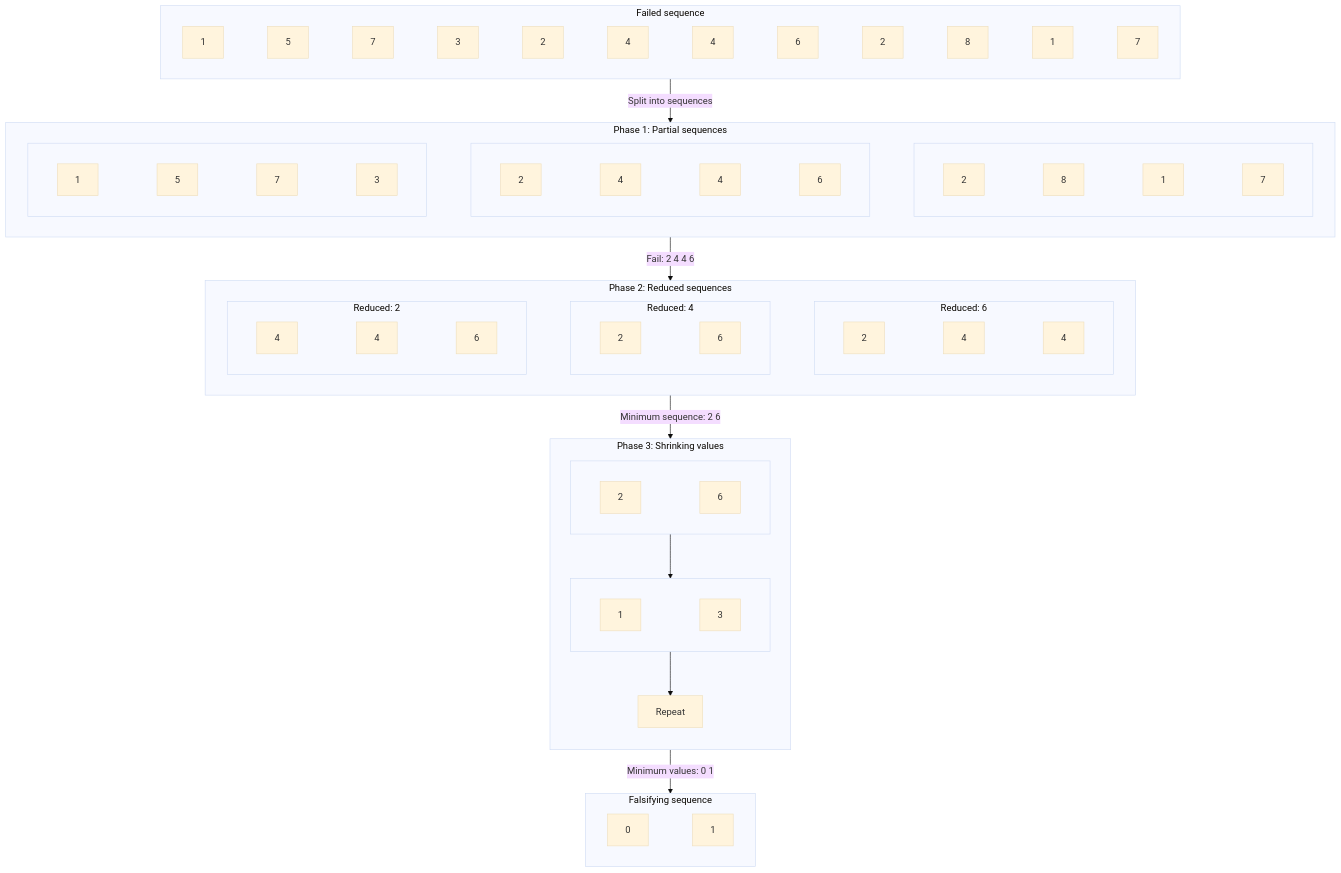
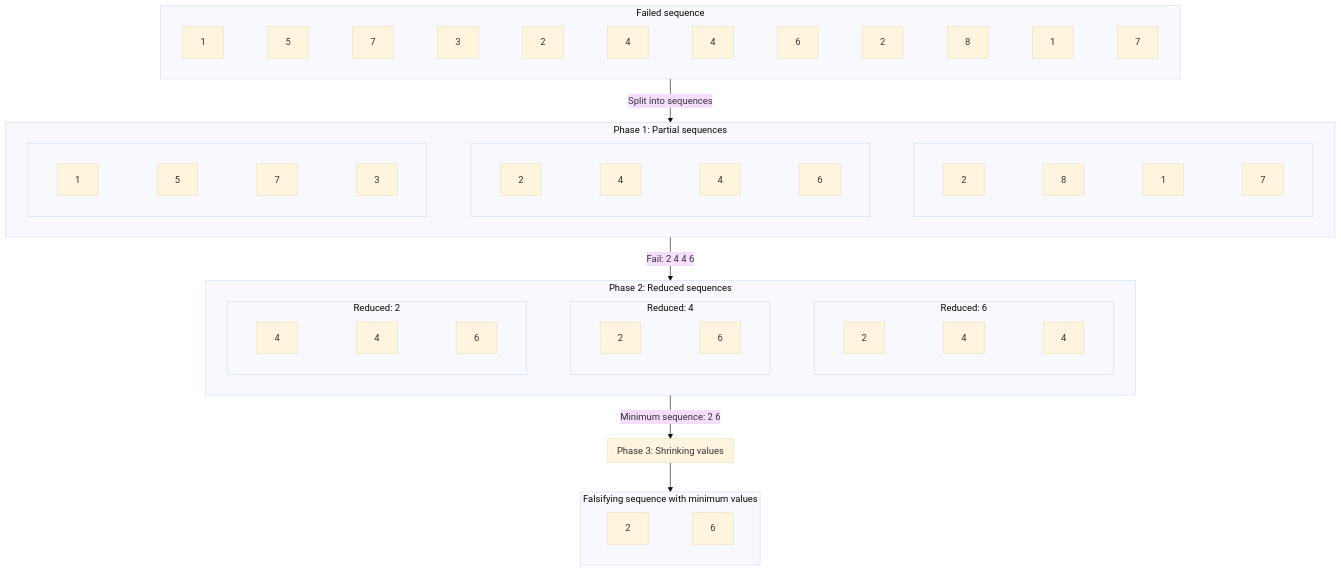
The third of 3 diagrams in Writerside/topics/Stateful-testing.md (szktty/kiri-check), drawn with Mermaid (base theme) before and after one commit.

Commit message:
fix shrinking phase graph

````diff
--- a/Writerside/topics/Stateful-testing.md
+++ b/Writerside/topics/Stateful-testing.md
@@ -143,64 +143,53 @@
 ```mermaid
 flowchart TB
   phase0 -->|Split into sequences| phase1
   phase1 -->|Fail: 2 4 4 6| phase2
   phase2 -->|Minimum sequence: 2 6| phase3
-  phase3 -->|Minimum values: 0 1| result
+  phase3 --> result
 
   subgraph phase0 [Failed sequence]
   direction LR
   p0c1[1] ~~~ p0c2[5] ~~~ p0c3[7] ~~~ p0c4[3] ~~~ p0c5[2] ~~~ p0c6[4] ~~~ p0c7[4] ~~~ p0c8[6] ~~~ p0c9[2] ~~~ p0c10[8] ~~~ p0c11[1] ~~~ p0c12[7]
   end
 
   subgraph phase1 [Phase 1: Partial sequences]
   direction LR
   phase1a ~~~ phase1b ~~~ phase1c
   subgraph phase1a [ ]
   direction LR
   p2s1[1] ~~~ p2s2[5] ~~~ p2s3[7] ~~~ p2s4[3]
   end
   subgraph phase1b [ ]
   direction LR
   p2s5[2] ~~~ p2s6[4] ~~~ p2s7[4] ~~~ p2s8[6]
   end
   subgraph phase1c [ ]
   direction LR
   p2s9[2] ~~~ p2s10[8] ~~~ p2s11[1] ~~~ p2s12[7]
   end
   end
 
   subgraph phase2 [Phase 2: Reduced sequences]
   phase2a ~~~ phase2b ~~~ phase2c
   subgraph phase2a [Reduced: 2]
   direction LR
   p2a1[4] ~~~ p2a2[4] ~~~ p2a3[6]
   end
   subgraph phase2b [Reduced: 4]
   direction LR
   p2b1[2] ~~~ p2b2[6]
   end
   subgraph phase2c [Reduced: 6]
   direction LR
   p2c1[2] ~~~ p2c2[4] ~~~ p2c3[4]
   end
   end
 
   subgraph phase3 [Phase 3: Shrinking values]
-  direction TB
-  phase3a --> phase3b
-  phase3b --> phase3c[Repeat]
-  subgraph phase3a [ ]
-  direction LR
-  p3a1[2] ~~~ p3a2[6]
-  end
-  subgraph phase3b [ ]
-  direction LR
-  p3b1[1] ~~~ p3b2[3]
-  end
   end
 
-  subgraph result [Falsifying sequence]
+  subgraph result [Falsifying sequence with minimum values]
   direction LR
-  r1[0] ~~~ r2[1]
+  r1[2] ~~~ r2[6]
   end
 ```
````
